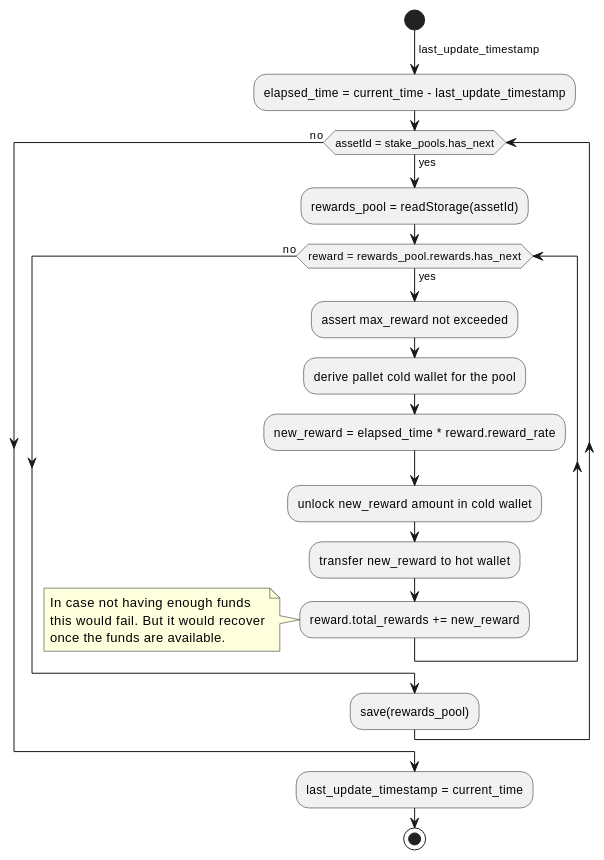
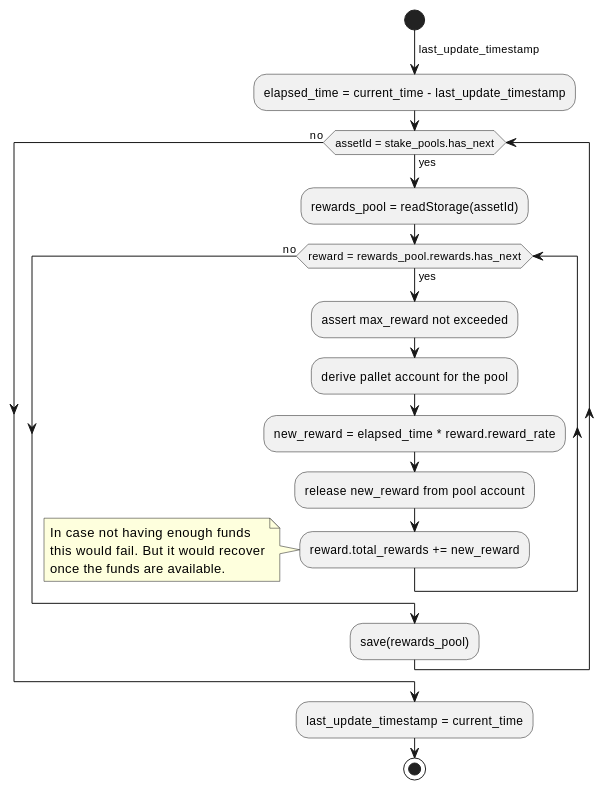
The tenth of 10 diagrams in rfcs/0005-pablo-distribution-assets/0005-pablo-distribution.adoc (ComposableFi/composable), drawn with PlantUML before and after one commit. The commit also changed other lines of this file and 2 other files, not shown here.

```diff
--- a/rfcs/0005-pablo-distribution-assets/0005-pablo-distribution.adoc
+++ b/rfcs/0005-pablo-distribution-assets/0005-pablo-distribution.adoc
@@ -552,25 +548,24 @@
 [plantuml,images/staking-rewards-reward-accumulation-hook,png]
 ----
 start
 ->last_update_timestamp;
 :elapsed_time = current_time - last_update_timestamp;
 while (assetId = stake_pools.has_next) is (yes)
     :rewards_pool = readStorage(assetId);
     while (reward = rewards_pool.rewards.has_next) is (yes)
         :assert max_reward not exceeded;
-        :derive pallet cold wallet for the pool;
+        :derive pallet account for the pool;
         :new_reward = elapsed_time * reward.reward_rate;
-        :unlock new_reward amount in cold wallet;
-        :transfer new_reward to hot wallet;
+        :release new_reward from pool account;
         :reward.total_rewards += new_reward;
         note left
             In case not having enough funds
             this would fail. But it would recover
             once the funds are available.
         endnote
     endwhile (no)
     :save(rewards_pool);
 endwhile (no)
 :last_update_timestamp = current_time;
 stop
 ----
```
